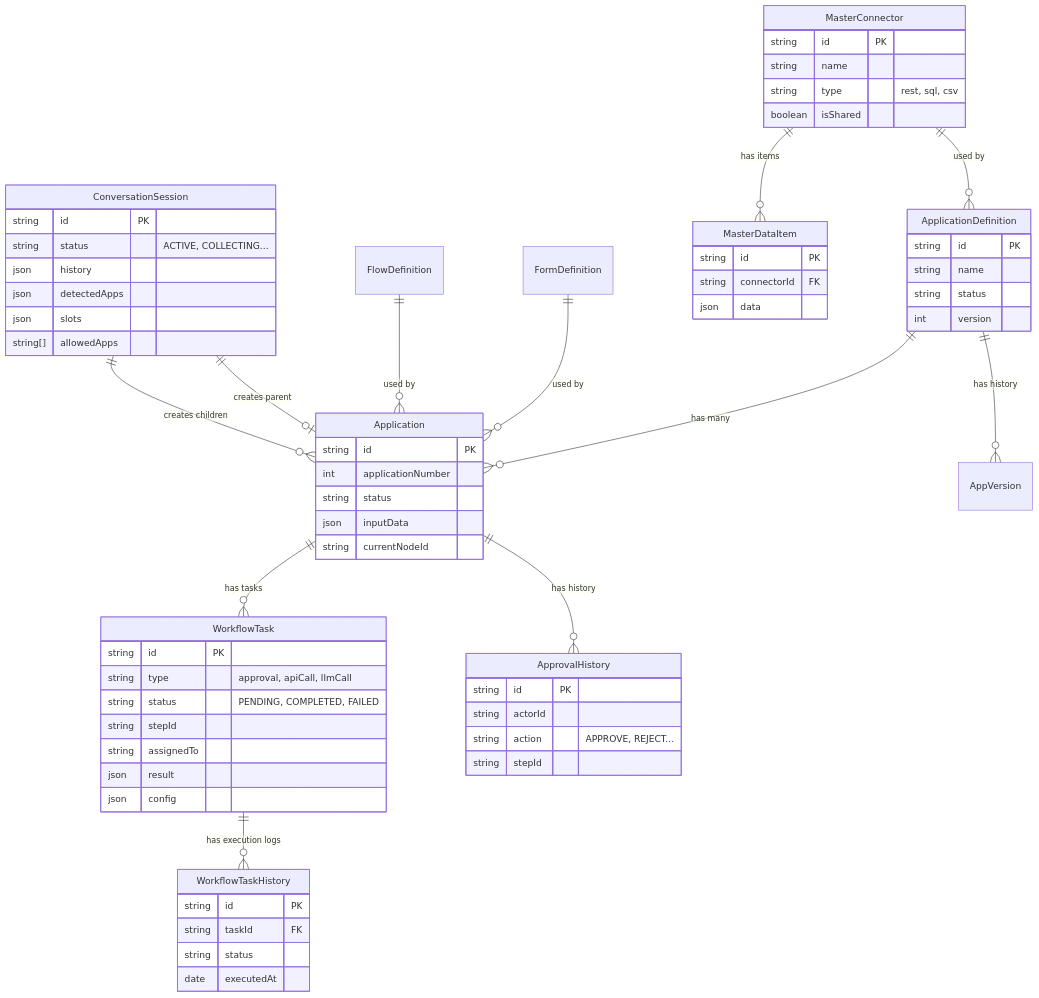
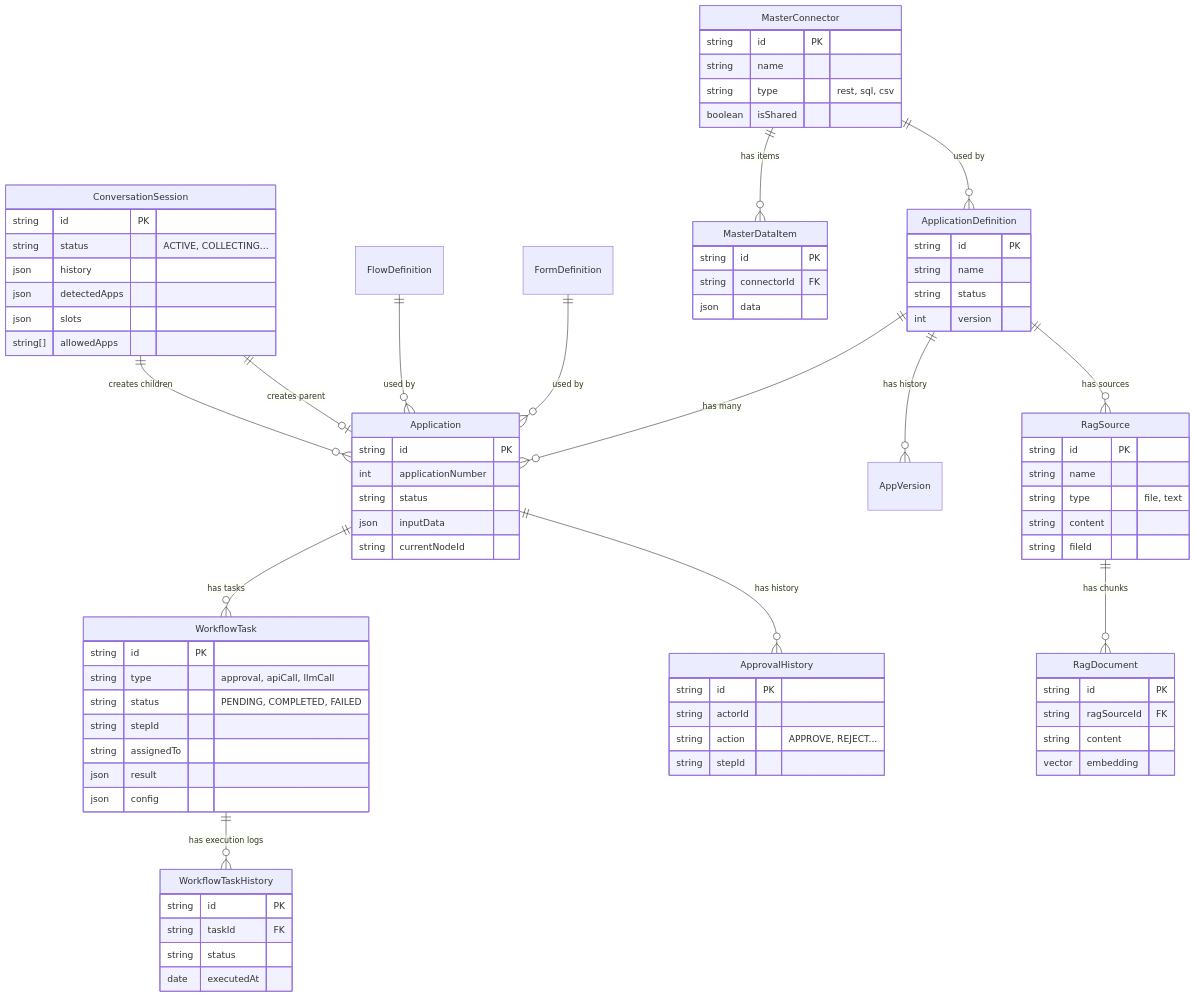
Before and after one commit to kenichi-33/flow-craft: the diagram in backend/docs/database_schema.md, drawn with Mermaid. The commit also changed other lines of this file and 53 other files, not shown here.

````diff
--- a/backend/docs/database_schema.md
+++ b/backend/docs/database_schema.md
@@ -13,6 +13,9 @@
     Application ||--o{ WorkflowTask : "has tasks"
     Application ||--o{ ApprovalHistory : "has history"
     
+    ApplicationDefinition ||--o{ RagSource : "has sources"
+    RagSource ||--o{ RagDocument : "has chunks"
+
     WorkflowTask ||--o{ WorkflowTaskHistory : "has execution logs"
 
     ApplicationDefinition {
@@ -81,4 +84,19 @@
         string connectorId FK
         json data
     }
+    
+    RagSource {
+        string id PK
+        string name
+        string type "file, text"
+        string content
+        string fileId
+    }
+    
+    RagDocument {
+        string id PK
+        string ragSourceId FK
+        string content
+        vector embedding
+    }
 ```
````
